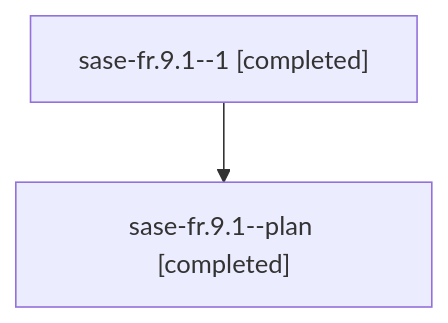
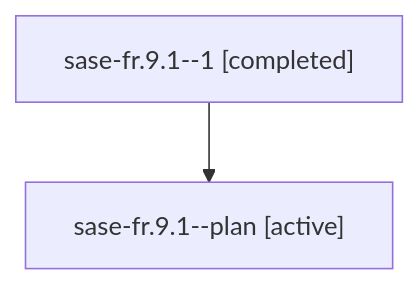
One commit to sase-org/sase--agents changed the diagram in families/bbugyi200.athena.sase-fr.9.1.md. Above: the diagram before and after it, drawn with Mermaid. The commit also changed other lines of this file and 4556 other files, not shown here.

````diff
--- a/families/bbugyi200.athena.sase-fr.9.1.md
+++ b/families/bbugyi200.athena.sase-fr.9.1.md
@@ -9,6 +9,6 @@
 ```mermaid
 flowchart TD
   n0["sase-fr.9.1--1 [completed]"]
-  n1["sase-fr.9.1--plan [completed]"]
+  n1["sase-fr.9.1--plan [active]"]
   n0 --> n1
 ```
````
